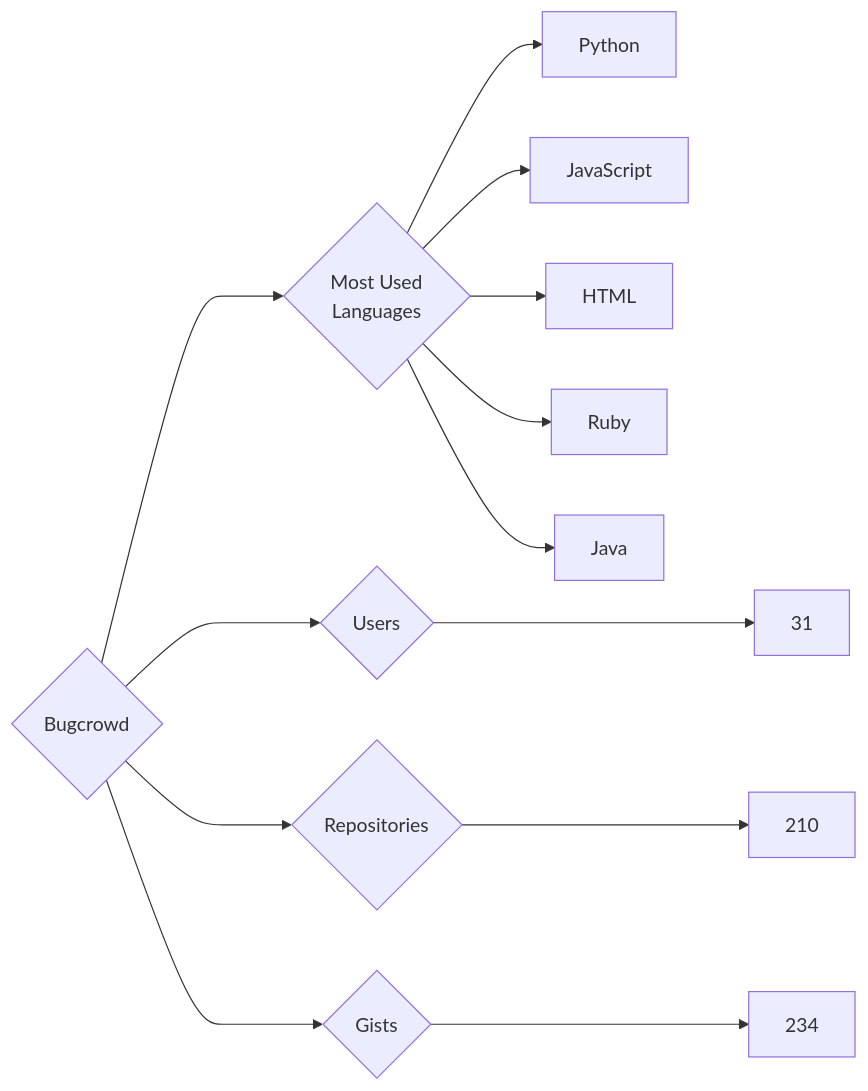
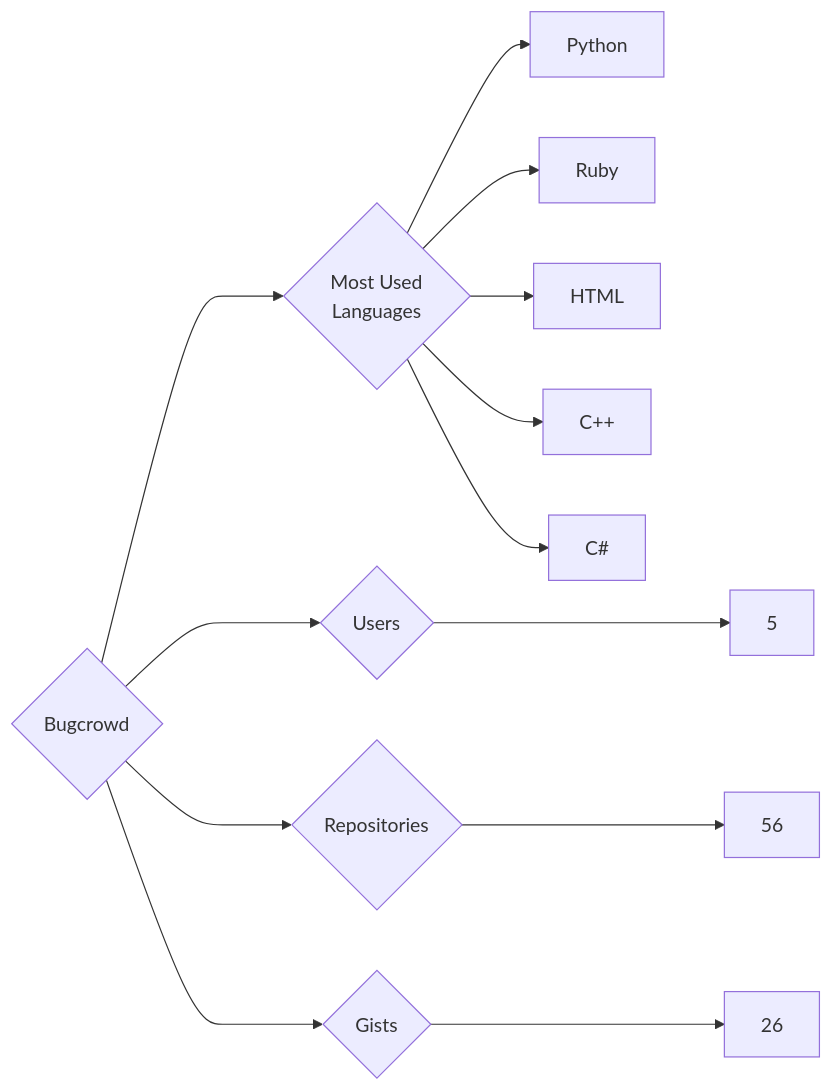
The diagram in targets/Bugcrowd/README.md (trickest/insiders), drawn with Mermaid before and after one commit. The commit also changed 782 other files, not shown here.

````diff
--- a/targets/Bugcrowd/README.md
+++ b/targets/Bugcrowd/README.md
@@ -3,13 +3,13 @@
 ```mermaid
 graph LR
 COMPANY_NAME{Bugcrowd}
-COMPANY_NAME ---> U{Users} ---> UN[31]
-COMPANY_NAME ---> R{Repositories} ---> RN[210]
-COMPANY_NAME ---> G{Gists} ---> GN[234]
+COMPANY_NAME ---> U{Users} ---> UN[5]
+COMPANY_NAME ---> R{Repositories} ---> RN[56]
+COMPANY_NAME ---> G{Gists} ---> GN[26]
 COMPANY_NAME ---> ML{Most Used<br>Languages}
 ML --> Python[Python]
-ML --> JavaScript[JavaScript]
+ML --> Ruby[Ruby]
 ML --> HTML[HTML]
-ML --> Ruby[Ruby]
-ML --> Java[Java]
+ML --> C++[C++]
+ML --> C#[C#]
 ```
````
